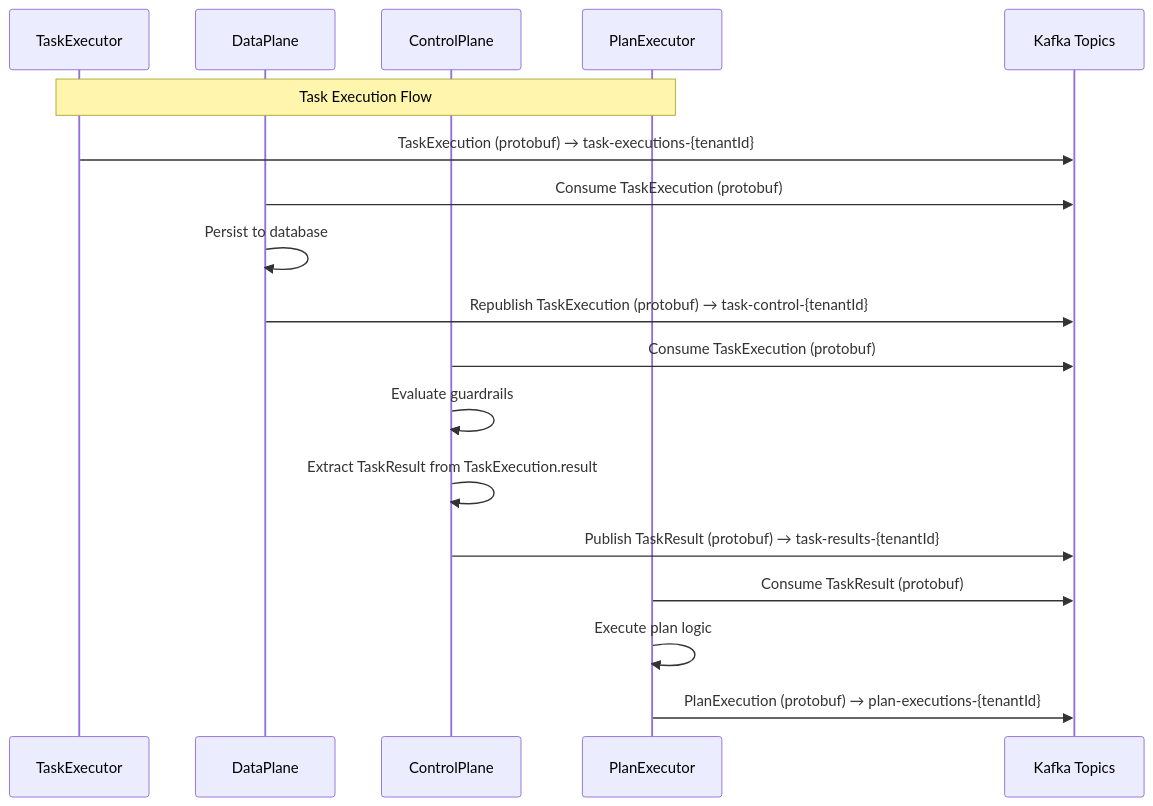
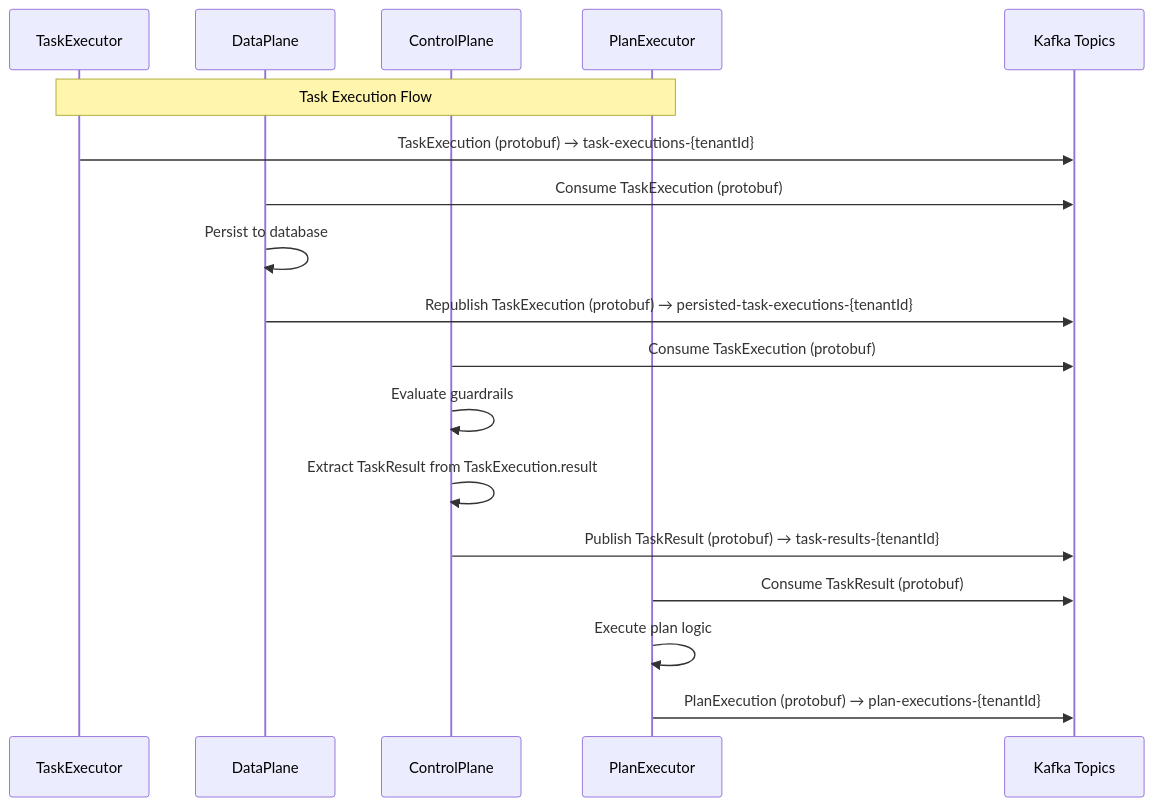
One commit to paul-callahan/scalable-agent-framework changed the second of 3 diagrams in docs/DataFlow.md. Above: the diagram before and after it, drawn with Mermaid. The commit also changed other lines of this file and 16 other files, not shown here.

````diff
--- a/docs/DataFlow.md
+++ b/docs/DataFlow.md
@@ -62,22 +62,22 @@
 ```mermaid
 sequenceDiagram
     participant TE as TaskExecutor
     participant DP as DataPlane
     participant CP as ControlPlane
     participant PE as PlanExecutor
     participant K as Kafka Topics
 
     Note over TE,PE: Task Execution Flow
 
     TE->>K: TaskExecution (protobuf) → task-executions-{tenantId}
     DP->>K: Consume TaskExecution (protobuf)
     DP->>DP: Persist to database
-    DP->>K: Republish TaskExecution (protobuf) → task-control-{tenantId}
+    DP->>K: Republish TaskExecution (protobuf) → persisted-task-executions-{tenantId}
     CP->>K: Consume TaskExecution (protobuf)
     CP->>CP: Evaluate guardrails
     CP->>CP: Extract TaskResult from TaskExecution.result
     CP->>K: Publish TaskResult (protobuf) → task-results-{tenantId}
     PE->>K: Consume TaskResult (protobuf)
     PE->>PE: Execute plan logic
     PE->>K: PlanExecution (protobuf) → plan-executions-{tenantId}
 ```
````
